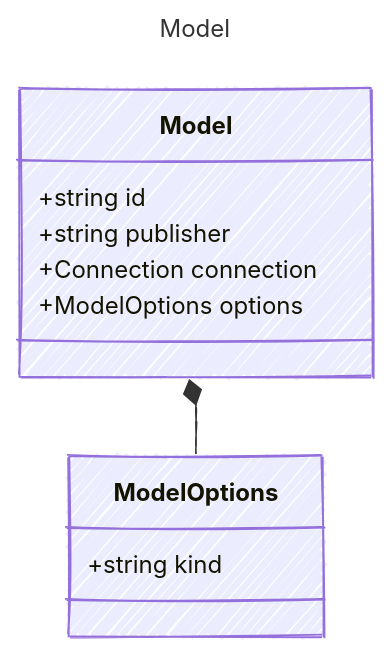
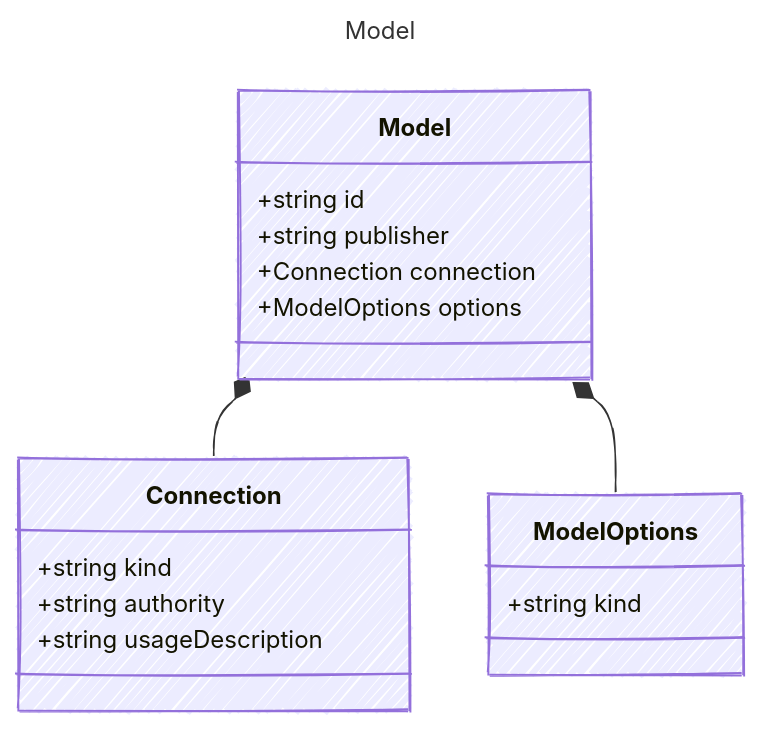
One commit to microsoft/prompty changed the diagram in specification/prompty/docs/Model.md. Above: the diagram before and after it, drawn with Mermaid. The commit also changed other lines of this file and 10 other files, not shown here.

````diff
--- a/specification/prompty/docs/Model.md
+++ b/specification/prompty/docs/Model.md
@@ -9,22 +9,28 @@
 ```mermaid
 ---
 title: Model
 config:
   look: handDrawn
   theme: colorful
   class:
     hideEmptyMembersBox: true
 ---
 classDiagram
     class Model {
       
         +string id
         +string publisher
         +Connection connection
         +ModelOptions options
     }
+    class Connection {
+        +string kind
+        +string authority
+        +string usageDescription
+    }
+    Model *-- Connection
     class ModelOptions {
         +string kind
     }
     Model *-- ModelOptions
 ```
````
